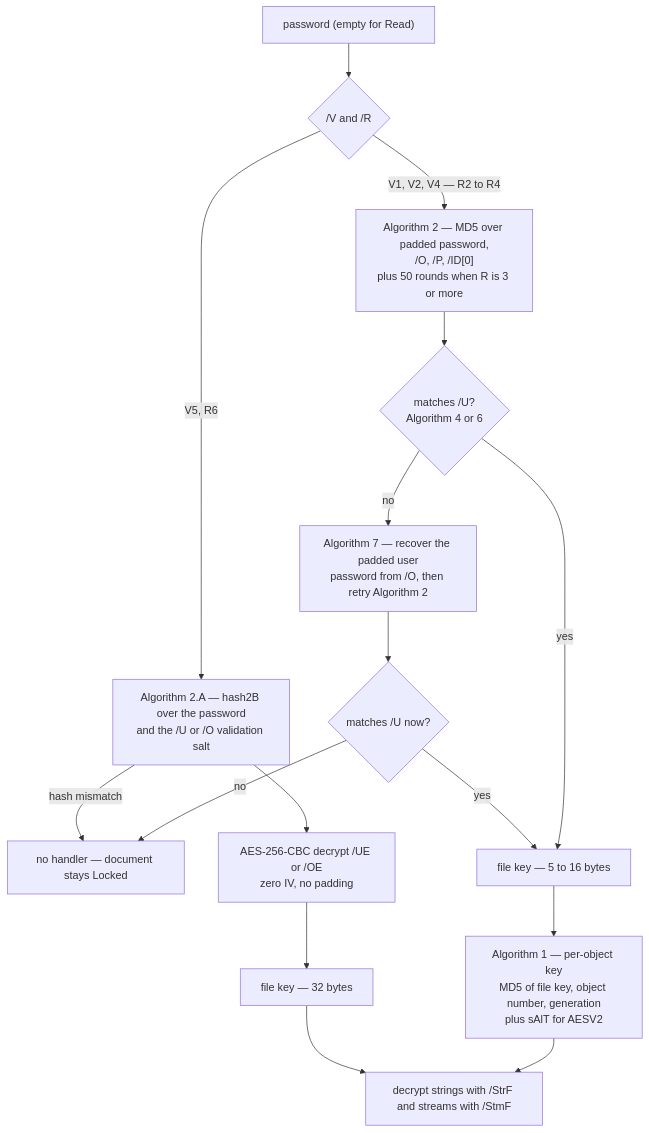
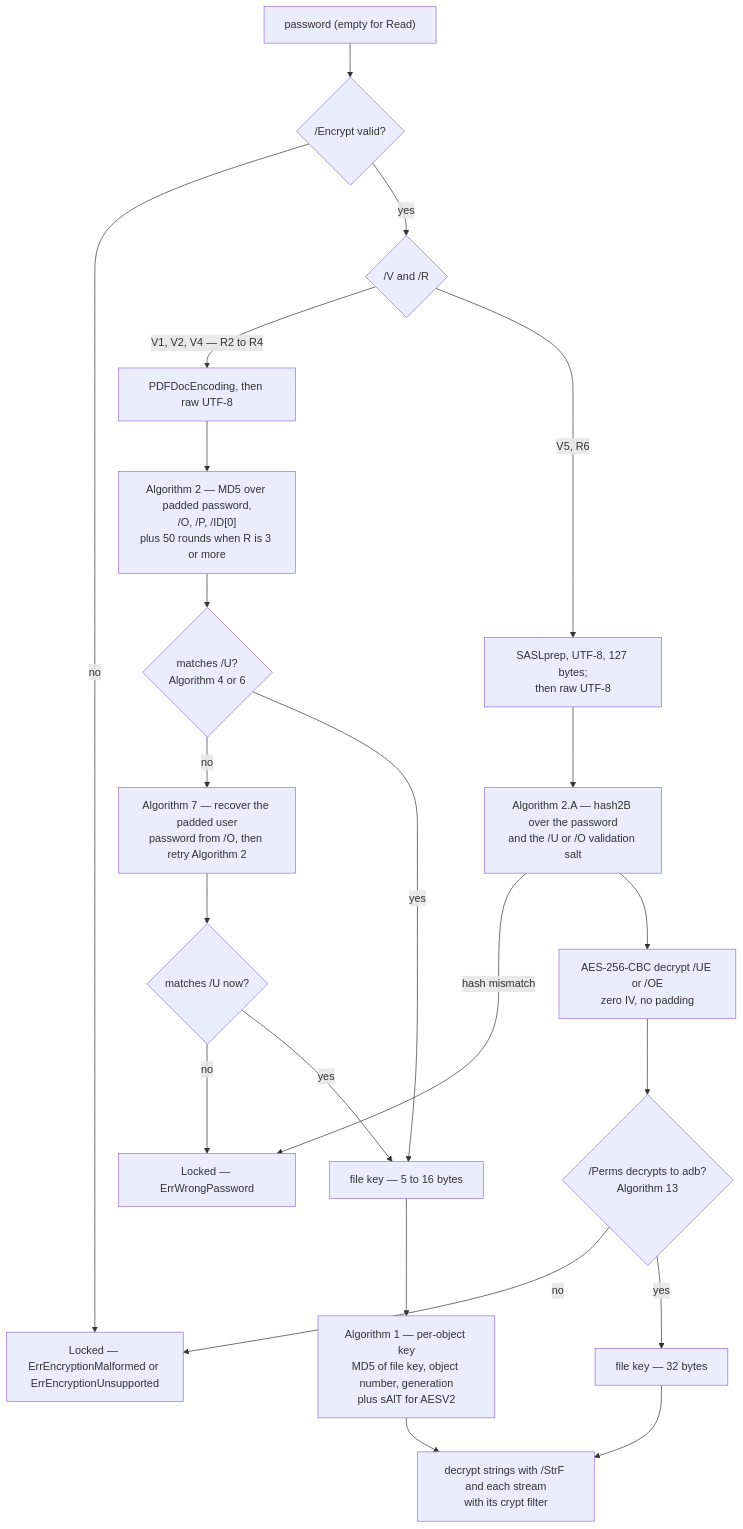
Before and after one commit to mgilbir/pdf0: the diagram in docs/encryption.md, drawn with Mermaid. The commit also changed other lines of this file and 4 other files, not shown here.

First line of the commit message:
Rewrite encryption.md for the validated handler, and fix its drift

````diff
--- a/docs/encryption.md
+++ b/docs/encryption.md
@@ -144,18 +275,24 @@
 ```mermaid
 flowchart TD
-    PW["password (empty for Read)"] --> V{"/V and /R"}
-    V -->|"V1, V2, V4 — R2 to R4"| A2["Algorithm 2 — MD5 over padded password,<br/>/O, /P, /ID[0]<br/>plus 50 rounds when R is 3 or more"]
+    PW["password (empty for Read)"] --> VAL{"/Encrypt valid?"}
+    VAL -->|"no"| LOCKM["Locked — ErrEncryptionMalformed or ErrEncryptionUnsupported"]
+    VAL -->|"yes"| V{"/V and /R"}
+    V -->|"V1, V2, V4 — R2 to R4"| PREP4["PDFDocEncoding, then raw UTF-8"]
+    PREP4 --> A2["Algorithm 2 — MD5 over padded password,<br/>/O, /P, /ID[0]<br/>plus 50 rounds when R is 3 or more"]
     A2 --> CHK{"matches /U?<br/>Algorithm 4 or 6"}
     CHK -->|no| OWN["Algorithm 7 — recover the padded user<br/>password from /O, then retry Algorithm 2"]
     OWN --> CHK2{"matches /U now?"}
-    CHK2 -->|no| LOCK["no handler — document stays Locked"]
+    CHK2 -->|no| LOCK["Locked — ErrWrongPassword"]
     CHK -->|yes| FK["file key — 5 to 16 bytes"]
     CHK2 -->|yes| FK
-    V -->|"V5, R6"| H2B["Algorithm 2.A — hash2B over the password<br/>and the /U or /O validation salt"]
+    V -->|"V5, R6"| PREP6["SASLprep, UTF-8, 127 bytes;<br/>then raw UTF-8"]
+    PREP6 --> H2B["Algorithm 2.A — hash2B over the password<br/>and the /U or /O validation salt"]
     H2B -->|"hash mismatch"| LOCK
     H2B --> UE["AES-256-CBC decrypt /UE or /OE<br/>zero IV, no padding"]
-    UE --> FK256["file key — 32 bytes"]
+    UE --> PERMS{"/Perms decrypts to adb?<br/>Algorithm 13"}
+    PERMS -->|no| LOCKM
+    PERMS -->|yes| FK256["file key — 32 bytes"]
     FK --> OK["Algorithm 1 — per-object key<br/>MD5 of file key, object number, generation<br/>plus sAlT for AESV2"]
-    OK --> DEC["decrypt strings with /StrF and streams with /StmF"]
+    OK --> DEC["decrypt strings with /StrF and each stream<br/>with its crypt filter"]
     FK256 --> DEC
 ```
````
